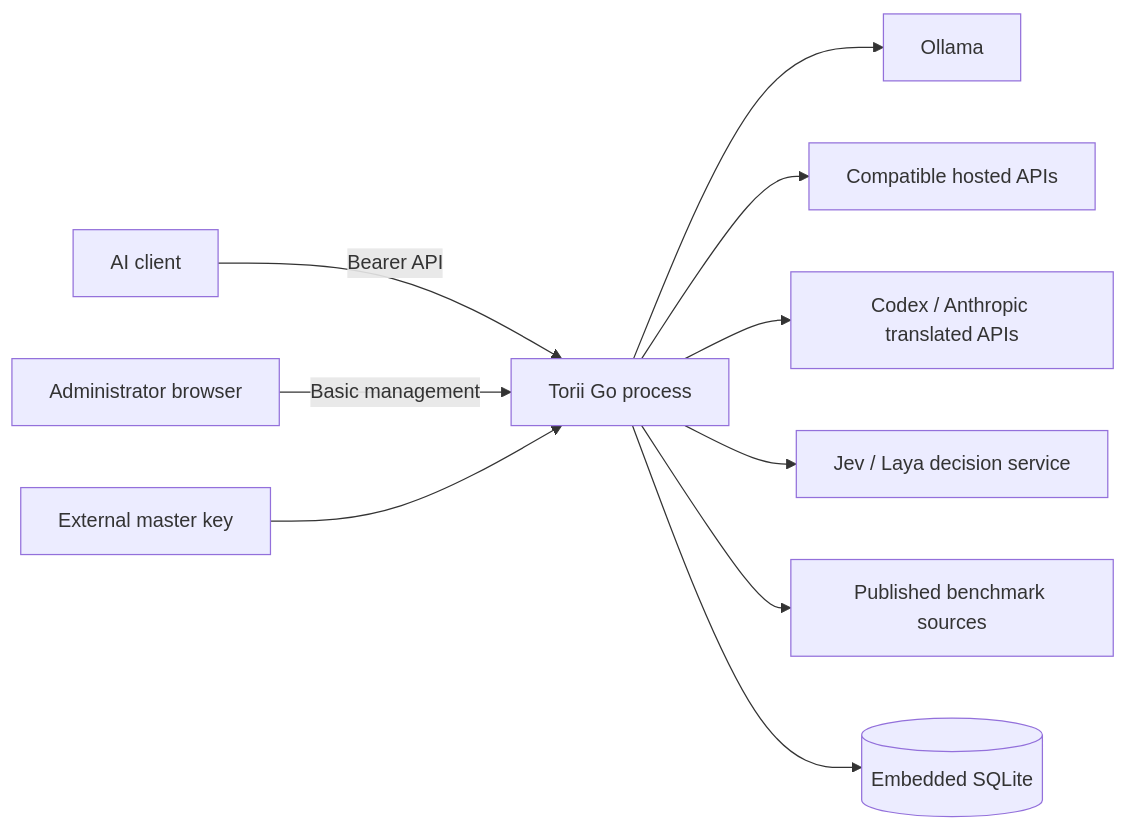
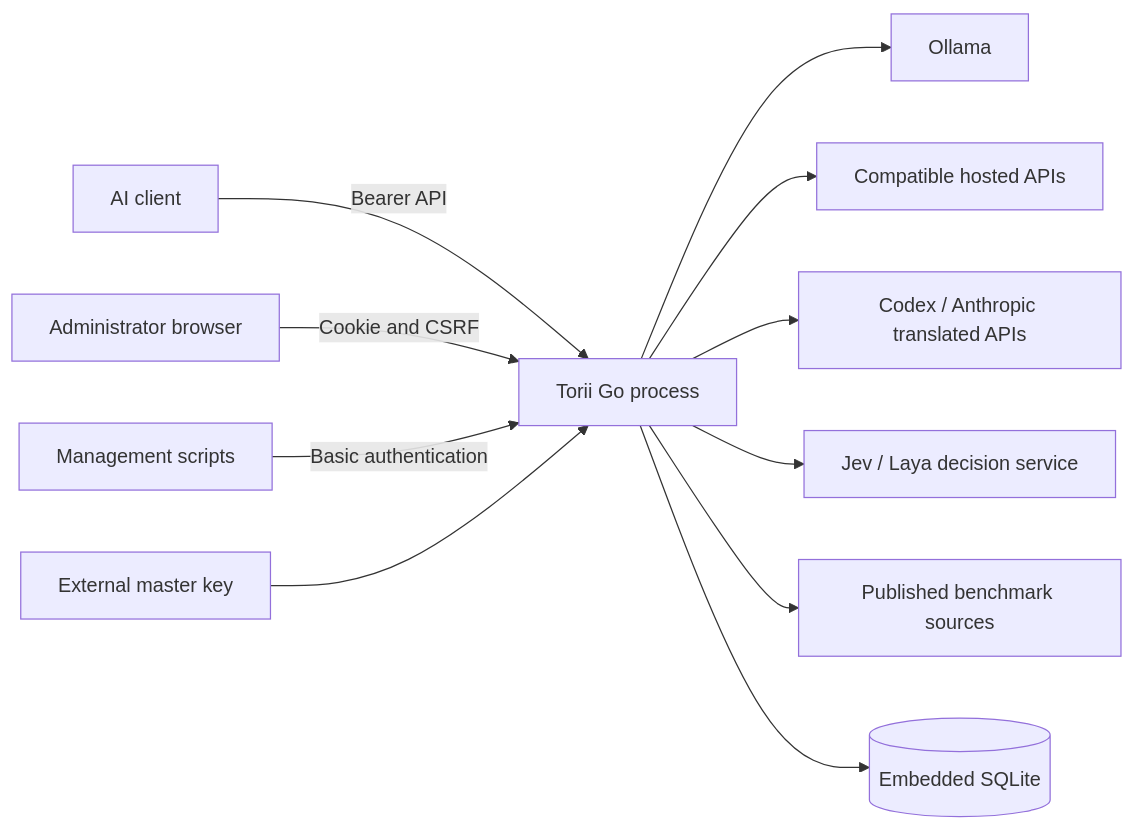
Before and after one commit to Apartment38/torii-gateway: the diagram in docs/development/architecture.md, drawn with Mermaid. The commit also changed other lines of this file and 18 other files, not shown here.

````diff
--- a/docs/development/architecture.md
+++ b/docs/development/architecture.md
@@ -12,12 +12,13 @@
 ```mermaid
 flowchart LR
     Client[AI client] -->|Bearer API| Gateway[Torii Go process]
-    Admin[Administrator browser] -->|Basic management| Gateway
+    Admin[Administrator browser] -->|Cookie and CSRF| Gateway
+    Scripts[Management scripts] -->|Basic authentication| Gateway
     Gateway --> Local[Ollama]
     Gateway --> Hosted[Compatible hosted APIs]
     Gateway --> Native[Codex / Anthropic translated APIs]
     Gateway --> Decisions[Jev / Laya decision service]
     Gateway --> Benchmarks[Published benchmark sources]
     Gateway --> DB[(Embedded SQLite)]
     Key[External master key] --> Gateway
 ```
````
